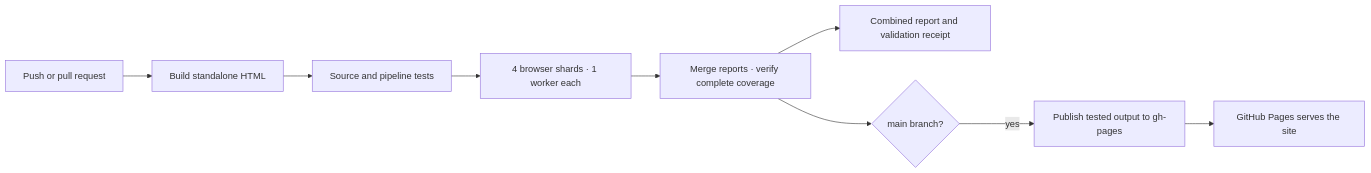
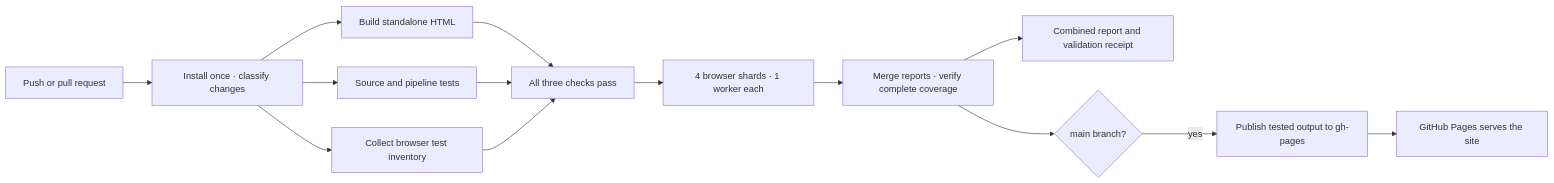
The diagram in README.md (james-crowley/wedding), drawn with Mermaid before and after one commit. The commit also changed other lines of this file and 5 other files, not shown here.

Commit message:
Overlap the independent build, unit checks and browser collection

````diff
--- a/README.md
+++ b/README.md
@@ -52,11 +52,16 @@
 ```mermaid
 flowchart LR
-  Push[Push or pull request] --> Build[Build standalone HTML]
-  Build --> Unit[Source and pipeline tests]
-  Unit --> Split[4 browser shards · 1 worker each]
+  Push[Push or pull request] --> Install[Install once · classify changes]
+  Install --> Build[Build standalone HTML]
+  Install --> Unit[Source and pipeline tests]
+  Install --> Inventory[Collect browser test inventory]
+  Build --> Ready[All three checks pass]
+  Unit --> Ready
+  Inventory --> Ready
+  Ready --> Split[4 browser shards · 1 worker each]
   Split --> Merge[Merge reports · verify complete coverage]
   Merge --> Artifacts[Combined report and validation receipt]
   Merge --> Main{main branch?}
   Main -->|yes| Pages[Publish tested output to gh-pages]
   Pages --> Hosting[GitHub Pages serves the site]
 ```
````
